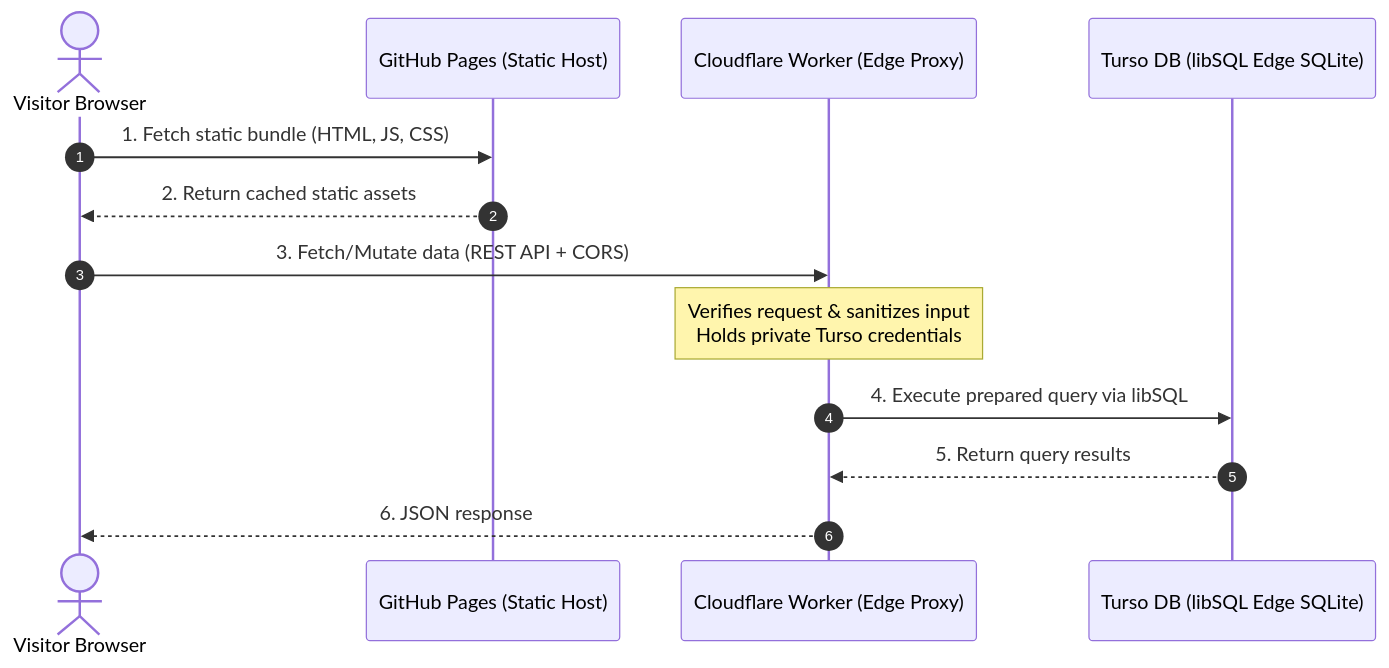
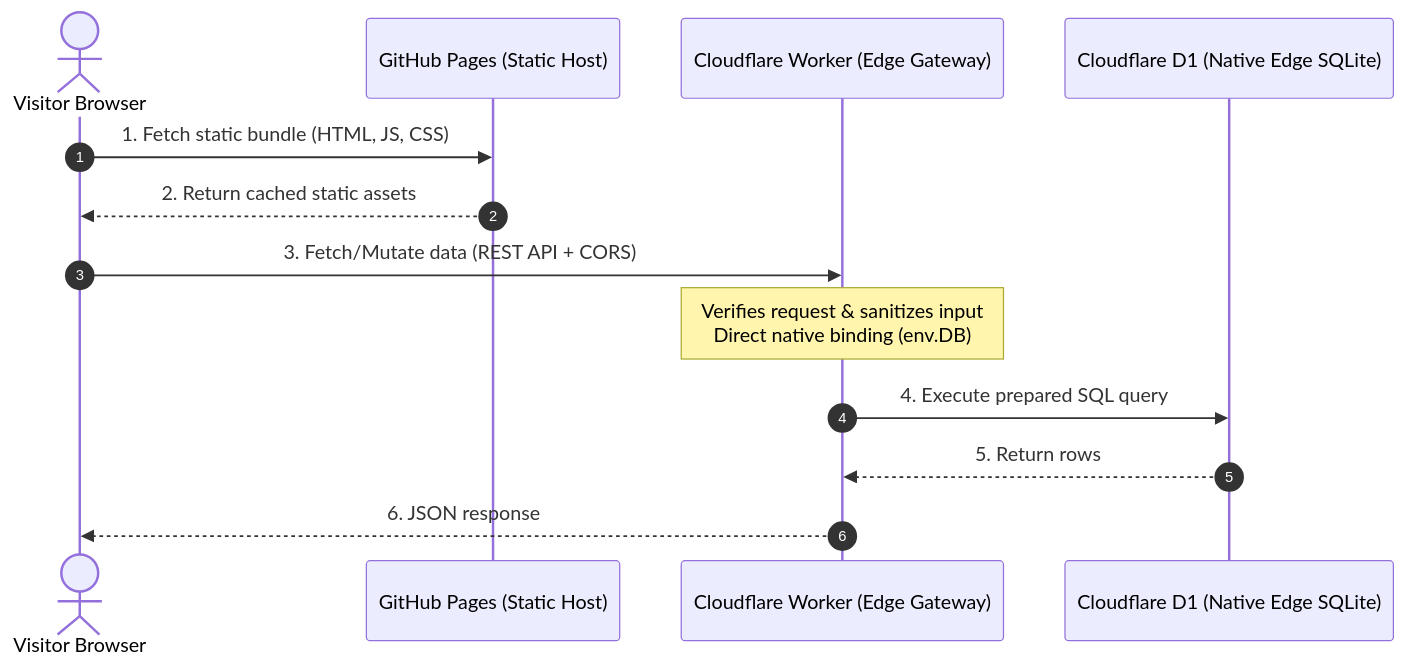
Before and after one commit to riccivr/d1-pages-starter: the diagram in README.md, drawn with Mermaid. The commit also changed other lines of this file and 22 other files, not shown here.

Commit message:
Migrate stack from Turso to Cloudflare D1 native serverless SQLite

````diff
--- a/README.md
+++ b/README.md
@@ -20,16 +24,16 @@
 ```mermaid
 sequenceDiagram
     autonumber
     actor User as Visitor Browser
     participant Pages as GitHub Pages (Static Host)
-    participant Worker as Cloudflare Worker (Edge Proxy)
-    participant Turso as Turso DB (libSQL Edge SQLite)
+    participant Worker as Cloudflare Worker (Edge Gateway)
+    participant D1 as Cloudflare D1 (Native Edge SQLite)
 
     User->>Pages: 1. Fetch static bundle (HTML, JS, CSS)
     Pages-->>User: 2. Return cached static assets
     User->>Worker: 3. Fetch/Mutate data (REST API + CORS)
-    Note over Worker: Verifies request & sanitizes input<br/>Holds private Turso credentials
-    Worker->>Turso: 4. Execute prepared query via libSQL
-    Turso-->>Worker: 5. Return query results
+    Note over Worker: Verifies request & sanitizes input<br/>Direct native binding (env.DB)
+    Worker->>D1: 4. Execute prepared SQL query
+    D1-->>Worker: 5. Return rows
     Worker-->>User: 6. JSON response
 ```
````
